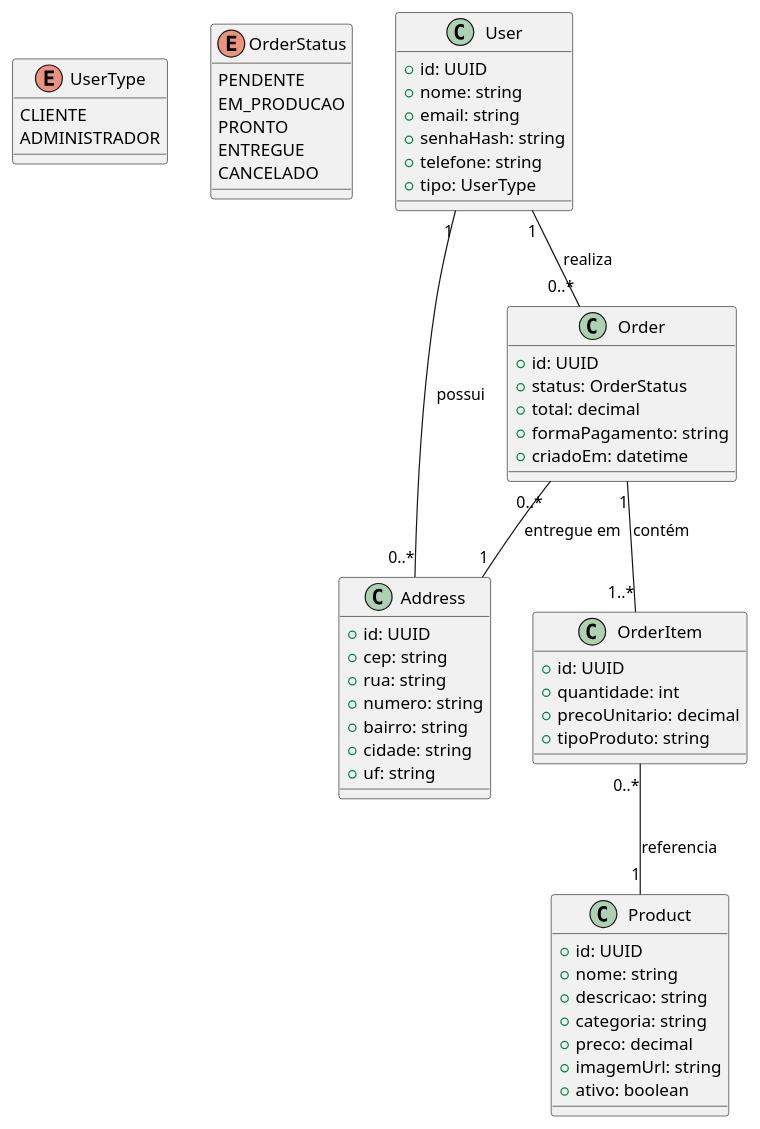
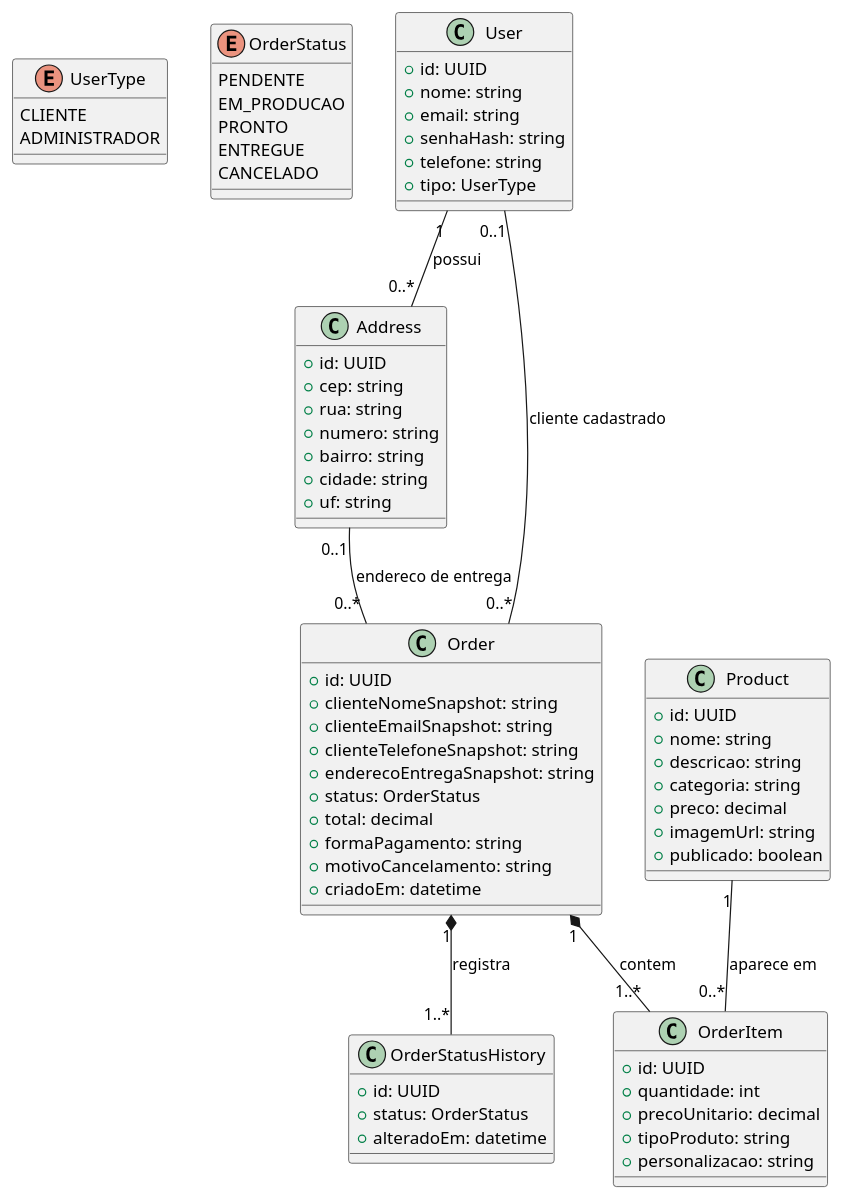
The second of 2 diagrams in README.md (euantonioneto/ateli-encantado), drawn with PlantUML before and after one commit. The commit also changed other lines of this file, not shown here.

Commit message:
Fazer o primeiro diagrama de classes do domínio do backend no readme e atualizações dos casos de uso.

````diff
--- a/README.md
+++ b/README.md
@@ -251,67 +188,80 @@
 ```plantuml
 @startuml Diagrama de Classes - Ateliê Encantado
 
 enum UserType {
   CLIENTE
   ADMINISTRADOR
 }
 
 enum OrderStatus {
   PENDENTE
   EM_PRODUCAO
   PRONTO
   ENTREGUE
   CANCELADO
 }
 
 class User {
   +id: UUID
   +nome: string
   +email: string
   +senhaHash: string
   +telefone: string
   +tipo: UserType
 }
 
 class Address {
   +id: UUID
   +cep: string
   +rua: string
   +numero: string
   +bairro: string
   +cidade: string
   +uf: string
 }
 
 class Product {
   +id: UUID
   +nome: string
   +descricao: string
   +categoria: string
   +preco: decimal
   +imagemUrl: string
-  +ativo: boolean
+  +publicado: boolean
 }
 
 class Order {
   +id: UUID
+  +clienteNomeSnapshot: string
+  +clienteEmailSnapshot: string
+  +clienteTelefoneSnapshot: string
+  +enderecoEntregaSnapshot: string
   +status: OrderStatus
   +total: decimal
   +formaPagamento: string
+  +motivoCancelamento: string
   +criadoEm: datetime
 }
 
 class OrderItem {
   +id: UUID
   +quantidade: int
   +precoUnitario: decimal
   +tipoProduto: string
+  +personalizacao: string
+}
+
+class OrderStatusHistory {
+  +id: UUID
+  +status: OrderStatus
+  +alteradoEm: datetime
 }
 
 User "1" -- "0..*" Address : possui
-User "1" -- "0..*" Order : realiza
-Order "1" -- "1..*" OrderItem : contém
-OrderItem "0..*" -- "1" Product : referencia
-Order "0..*" -- "1" Address : entregue em
+User "0..1" -- "0..*" Order : cliente cadastrado
+Address "0..1" -- "0..*" Order : endereco de entrega
+Order "1" *-- "1..*" OrderItem : contem
+Product "1" -- "0..*" OrderItem : aparece em
+Order "1" *-- "1..*" OrderStatusHistory : registra
 @enduml
 ```
````
